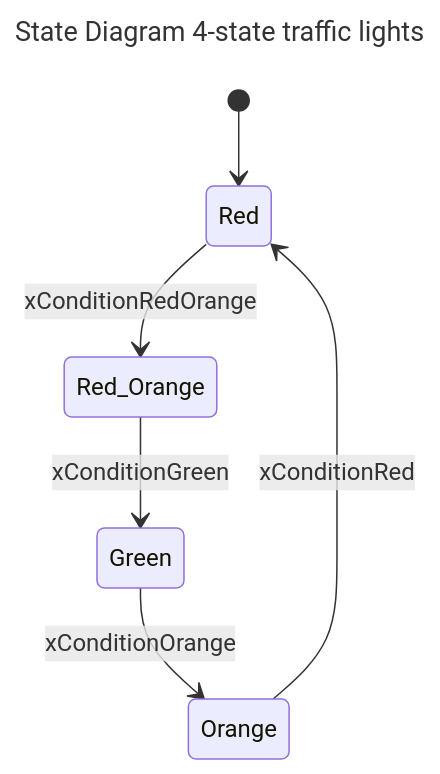
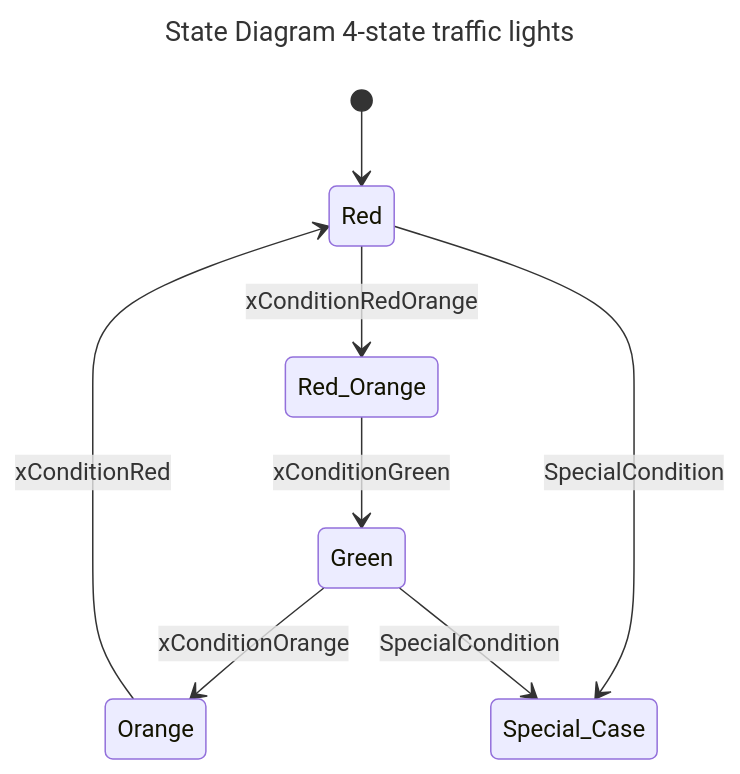
The third of 3 diagrams in AutB_MOD_07_Robust_Programming_With_State_Machine/README.md (hei-synd-autb/autb-docs), drawn with Mermaid before and after one commit. The commit also changed other lines of this file and 2 other files, not shown here.

Commit message:
Schema Special Case

````diff
--- a/AutB_MOD_07_Robust_Programming_With_State_Machine/README.md
+++ b/AutB_MOD_07_Robust_Programming_With_State_Machine/README.md
@@ -462,12 +458,15 @@
 ```mermaid
 ---
 title: State Diagram 4-state traffic lights
 ---
 
 stateDiagram-v2
     [*] --> Red
     Red --> Red_Orange : xConditionRedOrange
     Red_Orange --> Green : xConditionGreen
     Green --> Orange : xConditionOrange
     Orange --> Red : xConditionRed
+    
+    Red --> Special_Case : SpecialCondition
+    Green --> Special_Case : SpecialCondition
 ```
````
